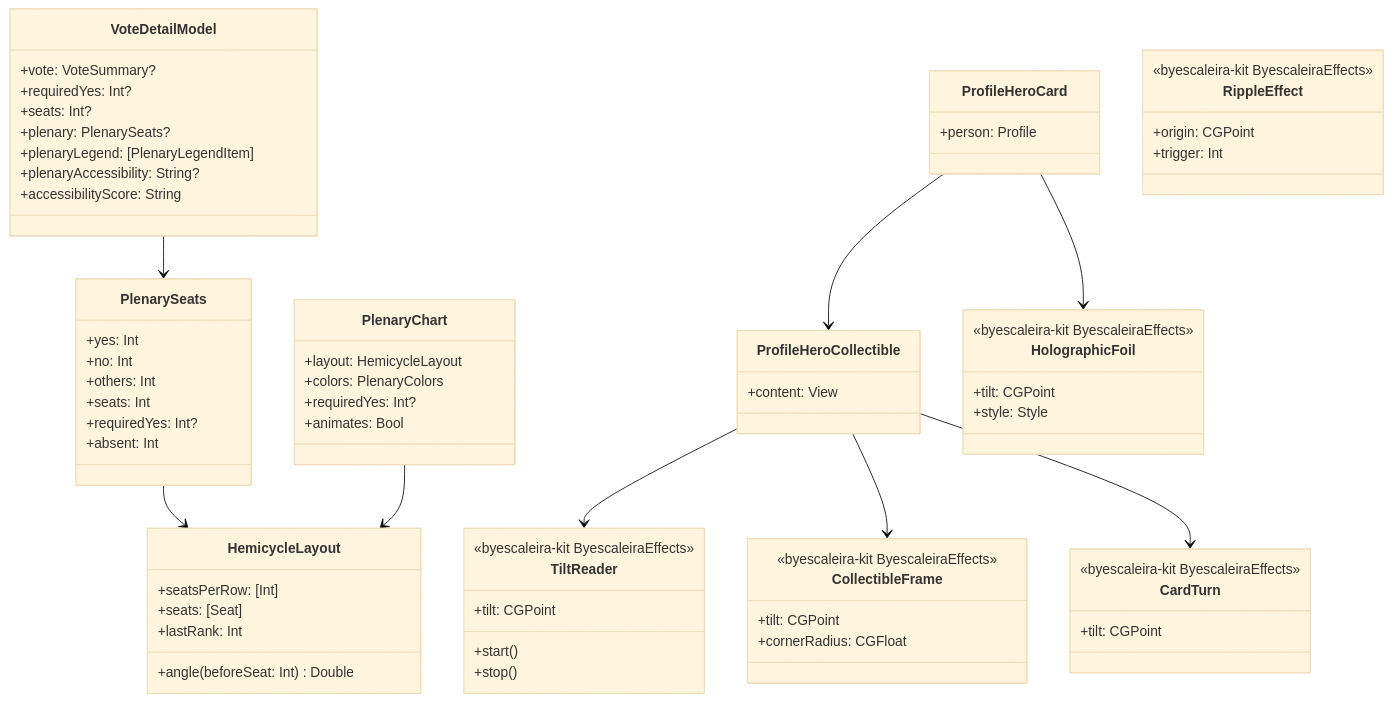
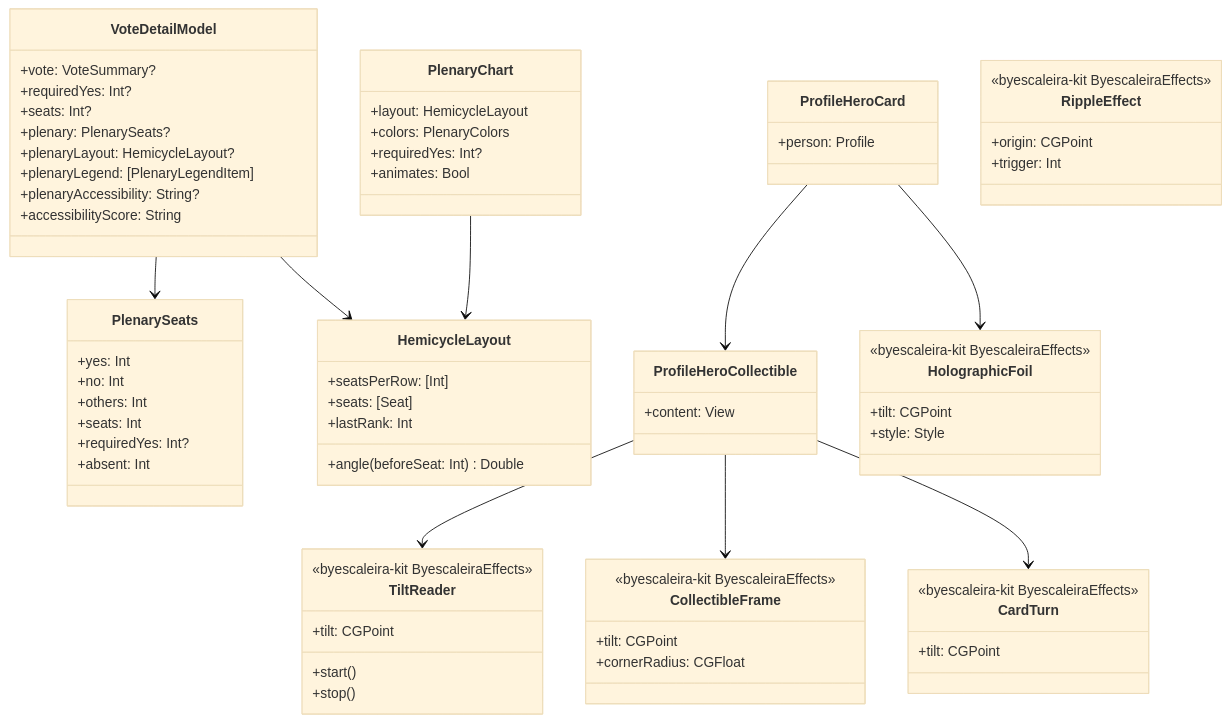
One commit to byescaleira/fiscal changed the diagram in spdd/prompt/FSC-023-202611052151-[Feat]-plenary-and-holographic-card.md. Above: the diagram before and after it, drawn with Mermaid (base theme). The commit also changed other lines of this file and 3 other files, not shown here.

````diff
--- a/spdd/prompt/FSC-023-202611052151-[Feat]-plenary-and-holographic-card.md
+++ b/spdd/prompt/FSC-023-202611052151-[Feat]-plenary-and-holographic-card.md
@@ -44,71 +44,72 @@
 ```mermaid
 classDiagram
     class VoteDetailModel {
         +vote: VoteSummary?
         +requiredYes: Int?
         +seats: Int?
         +plenary: PlenarySeats?
+        +plenaryLayout: HemicycleLayout?
         +plenaryLegend: [PlenaryLegendItem]
         +plenaryAccessibility: String?
         +accessibilityScore: String
     }
     class PlenarySeats {
         +yes: Int
         +no: Int
         +others: Int
         +seats: Int
         +requiredYes: Int?
         +absent: Int
     }
     class HemicycleLayout {
         +seatsPerRow: [Int]
         +seats: [Seat]
         +lastRank: Int
         +angle(beforeSeat: Int) Double
     }
     class PlenaryChart {
         +layout: HemicycleLayout
         +colors: PlenaryColors
         +requiredYes: Int?
         +animates: Bool
     }
     class ProfileHeroCard {
         +person: Profile
     }
     class ProfileHeroCollectible {
         +content: View
     }
     class HolographicFoil {
         <<byescaleira-kit ByescaleiraEffects>>
         +tilt: CGPoint
         +style: Style
     }
     class CollectibleFrame {
         <<byescaleira-kit ByescaleiraEffects>>
         +tilt: CGPoint
         +cornerRadius: CGFloat
     }
     class CardTurn {
         <<byescaleira-kit ByescaleiraEffects>>
         +tilt: CGPoint
     }
     class TiltReader {
         <<byescaleira-kit ByescaleiraEffects>>
         +tilt: CGPoint
         +start()
         +stop()
     }
     class RippleEffect {
         <<byescaleira-kit ByescaleiraEffects>>
         +origin: CGPoint
         +trigger: Int
     }
     VoteDetailModel --> PlenarySeats
-    PlenarySeats --> HemicycleLayout
+    VoteDetailModel --> HemicycleLayout
     PlenaryChart --> HemicycleLayout
     ProfileHeroCard --> ProfileHeroCollectible
     ProfileHeroCard --> HolographicFoil
     ProfileHeroCollectible --> TiltReader
     ProfileHeroCollectible --> CollectibleFrame
     ProfileHeroCollectible --> CardTurn
 ```
````
